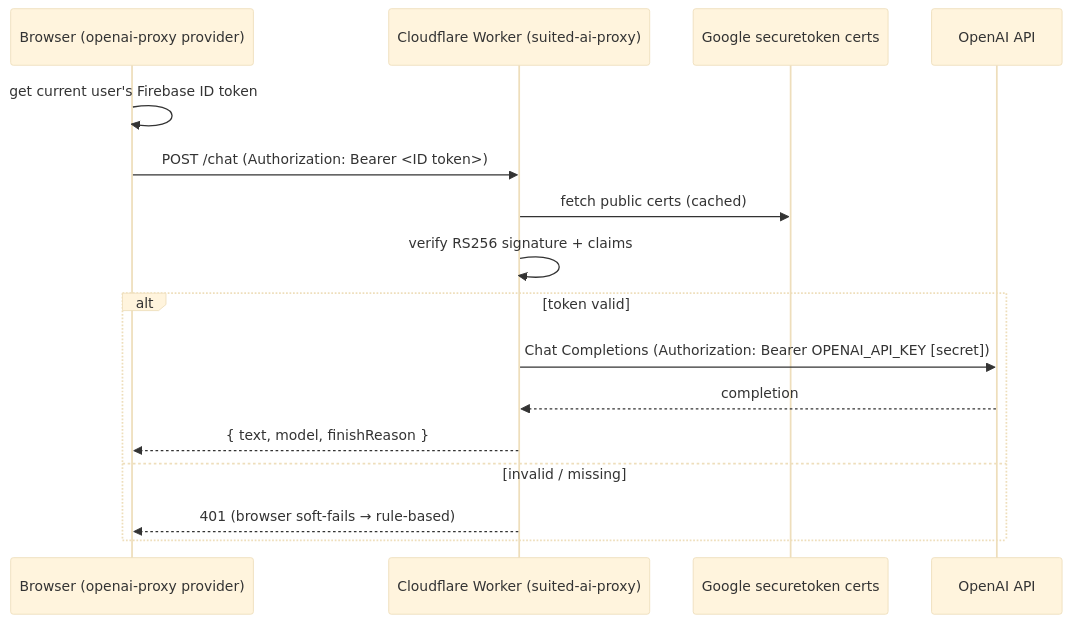
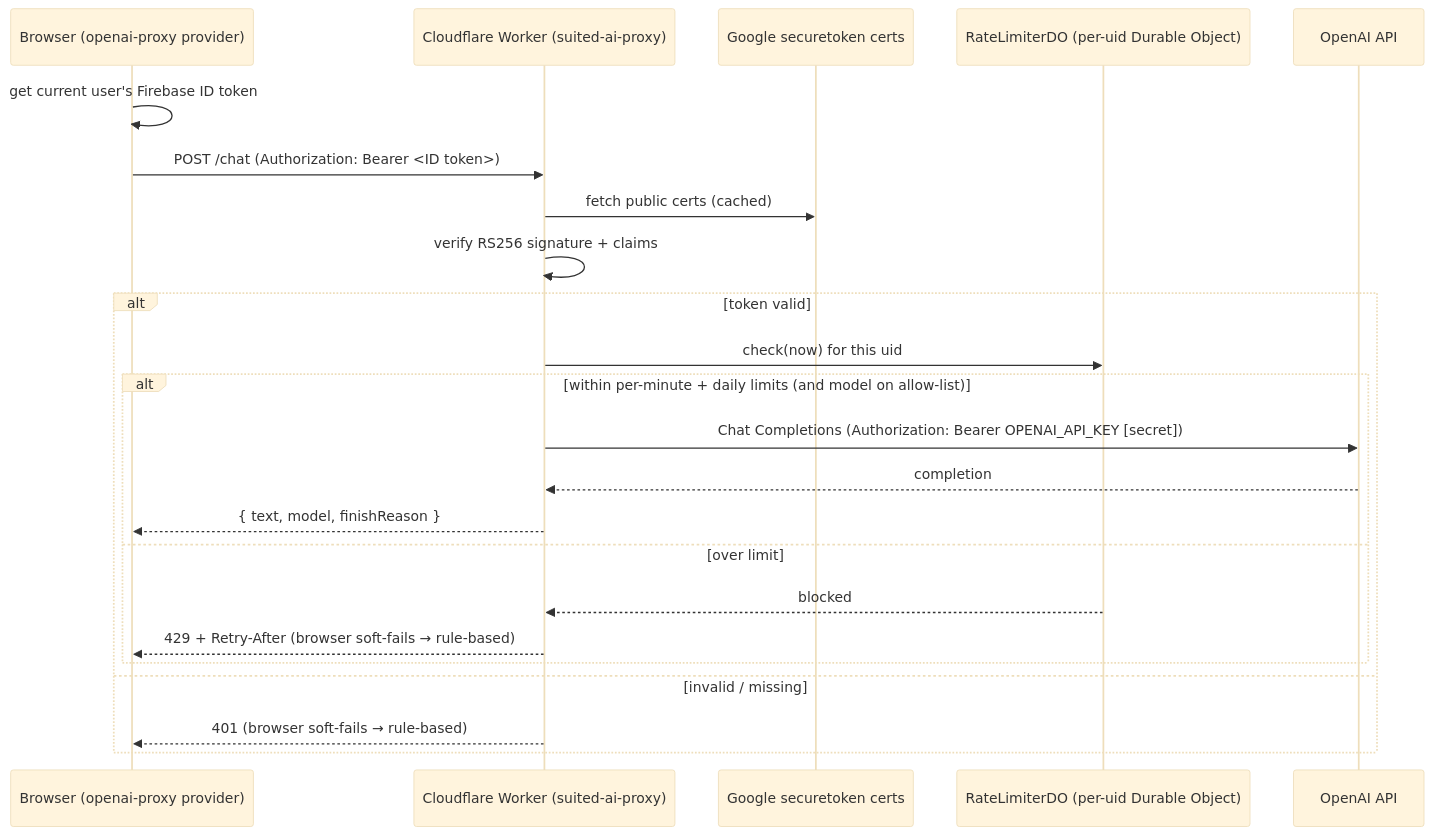
The diagram in docs/ARCHITECTURE.md (notAidven/poker-learning-platform), drawn with Mermaid (base theme) before and after one commit. The commit also changed other lines of this file and 2 other files, not shown here.

First line of the commit message:
docs: describe Worker rate-limiter, model allow-list, and tighter caps

````diff
--- a/docs/ARCHITECTURE.md
+++ b/docs/ARCHITECTURE.md
@@ -281,19 +294,26 @@
 ```mermaid
 sequenceDiagram
     participant B as Browser (openai-proxy provider)
     participant W as Cloudflare Worker (suited-ai-proxy)
     participant G as Google securetoken certs
+    participant R as RateLimiterDO (per-uid Durable Object)
     participant O as OpenAI API
 
     B->>B: get current user's Firebase ID token
     B->>W: POST /chat  (Authorization: Bearer <ID token>)
     W->>G: fetch public certs (cached)
     W->>W: verify RS256 signature + claims
     alt token valid
-        W->>O: Chat Completions (Authorization: Bearer OPENAI_API_KEY [secret])
-        O-->>W: completion
-        W-->>B: { text, model, finishReason }
+        W->>R: check(now) for this uid
+        alt within per-minute + daily limits (and model on allow-list)
+            W->>O: Chat Completions (Authorization: Bearer OPENAI_API_KEY [secret])
+            O-->>W: completion
+            W-->>B: { text, model, finishReason }
+        else over limit
+            R-->>W: blocked
+            W-->>B: 429 + Retry-After  (browser soft-fails → rule-based)
+        end
     else invalid / missing
         W-->>B: 401  (browser soft-fails → rule-based)
     end
 ```
````
